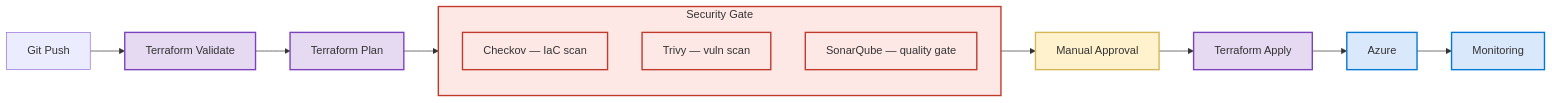
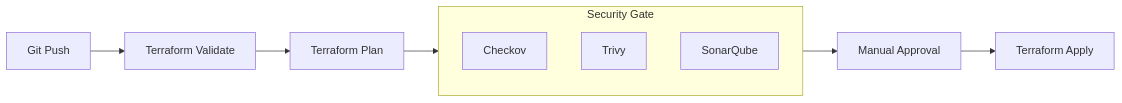
Before and after one commit to aniket-devop/aniket-devop: the third of 3 diagrams in README.md, drawn with Mermaid. The commit also changed other lines of this file, not shown here.

````diff
--- a/README.md
+++ b/README.md
@@ -244,27 +111,13 @@
 ```mermaid
 flowchart LR
     GIT["Git Push"] --> VAL["Terraform Validate"]
     VAL --> PLAN["Terraform Plan"]
     PLAN --> GATE
-
     subgraph GATE["Security Gate"]
-        direction TB
-        CHECKOV["Checkov — IaC scan"]
-        TRIVY["Trivy — vuln scan"]
-        SONAR["SonarQube — quality gate"]
+        CHECKOV["Checkov"]
+        TRIVY["Trivy"]
+        SONAR["SonarQube"]
     end
-
     GATE --> APPROVE["Manual Approval"]
     APPROVE --> APPLY["Terraform Apply"]
-    APPLY --> AZURE["Azure"]
-    AZURE --> MON["Monitoring"]
-
-    classDef tf fill:#e6d9f2,stroke:#7B42BC,stroke-width:2px
-    classDef gate fill:#fde8e6,stroke:#c0392b,stroke-width:2px
-    classDef approve fill:#fff2cc,stroke:#d6b656,stroke-width:2px
-    classDef azure fill:#dae8fc,stroke:#0078D4,stroke-width:2px
-    class VAL,PLAN,APPLY tf
-    class GATE,CHECKOV,TRIVY,SONAR gate
-    class APPROVE approve
-    class AZURE,MON azure
 ```
````
